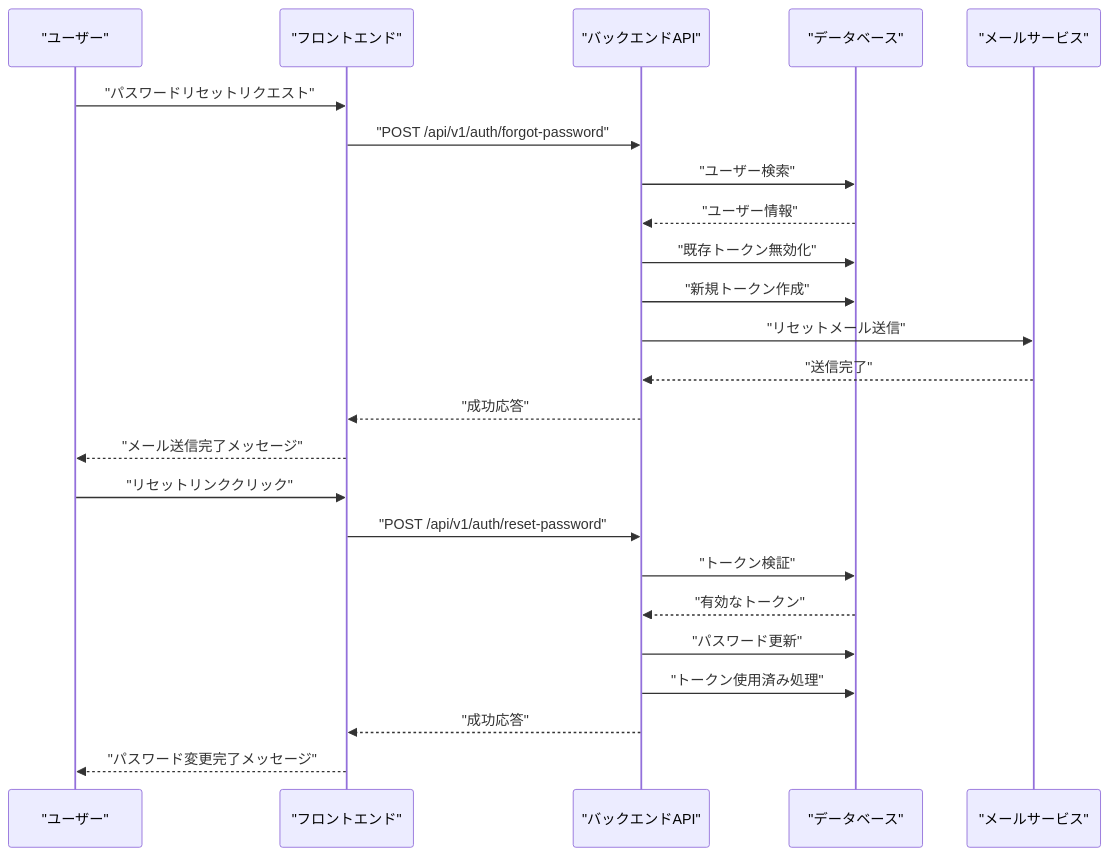
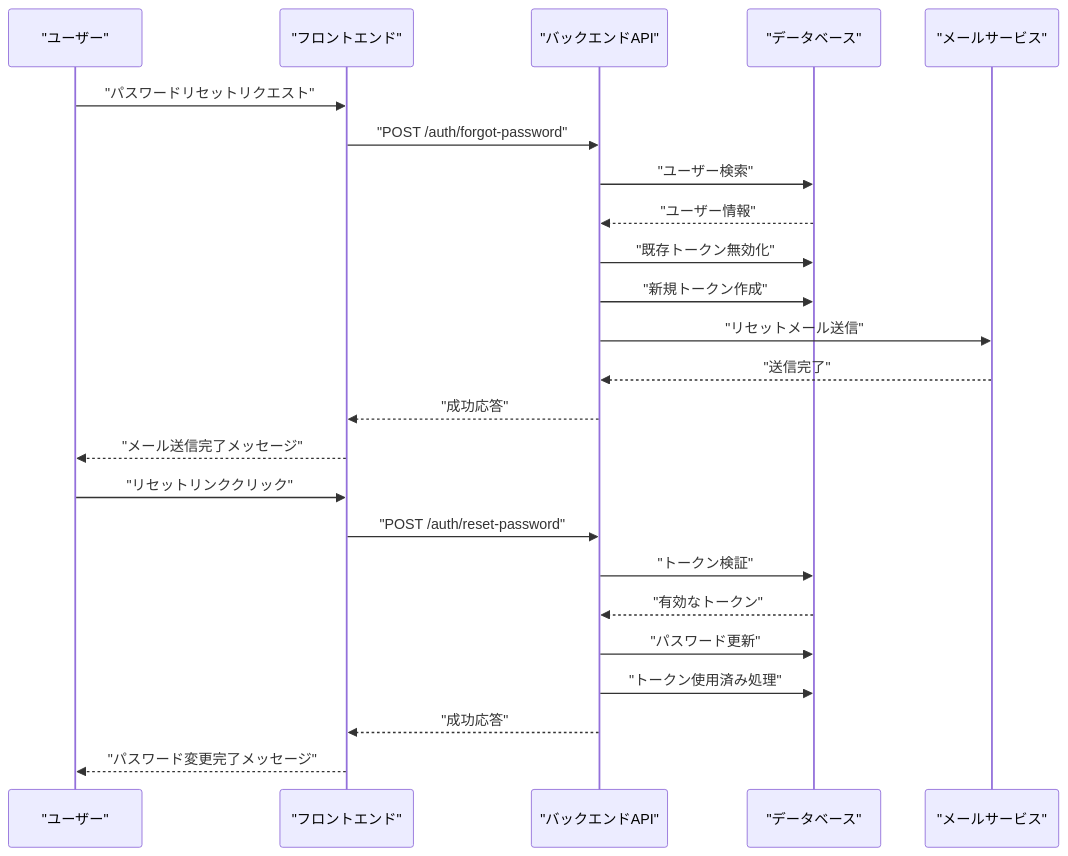
One commit to ss8806/Todos changed the second of 8 diagrams in .qoder/repowiki/ja/content/認証システム/パスワードリセット.md. Above: the diagram before and after it, drawn with Mermaid. The commit also changed other lines of this file and 38 other files, not shown here.

````diff
--- a/.qoder/repowiki/ja/content/認証システム/パスワードリセット.md
+++ b/.qoder/repowiki/ja/content/認証システム/パスワードリセット.md
@@ -91,26 +105,26 @@
 ```mermaid
 sequenceDiagram
 participant User as "ユーザー"
 participant Frontend as "フロントエンド"
 participant Backend as "バックエンドAPI"
 participant DB as "データベース"
 participant Mail as "メールサービス"
 User->>Frontend : "パスワードリセットリクエスト"
-Frontend->>Backend : "POST /api/v1/auth/forgot-password"
+Frontend->>Backend : "POST /auth/forgot-password"
 Backend->>DB : "ユーザー検索"
 DB-->>Backend : "ユーザー情報"
 Backend->>DB : "既存トークン無効化"
 Backend->>DB : "新規トークン作成"
 Backend->>Mail : "リセットメール送信"
 Mail-->>Backend : "送信完了"
 Backend-->>Frontend : "成功応答"
 Frontend-->>User : "メール送信完了メッセージ"
 User->>Frontend : "リセットリンククリック"
-Frontend->>Backend : "POST /api/v1/auth/reset-password"
+Frontend->>Backend : "POST /auth/reset-password"
 Backend->>DB : "トークン検証"
 DB-->>Backend : "有効なトークン"
 Backend->>DB : "パスワード更新"
 Backend->>DB : "トークン使用済み処理"
 Backend-->>Frontend : "成功応答"
 Frontend-->>User : "パスワード変更完了メッセージ"
 ```
````
